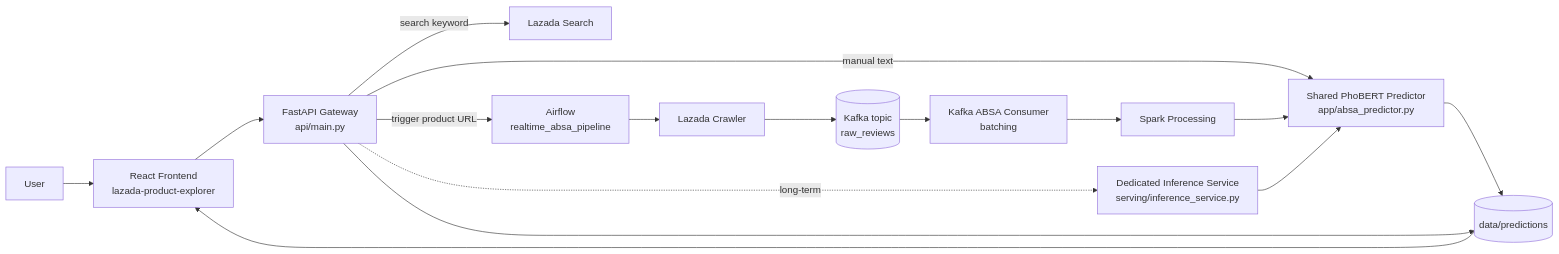
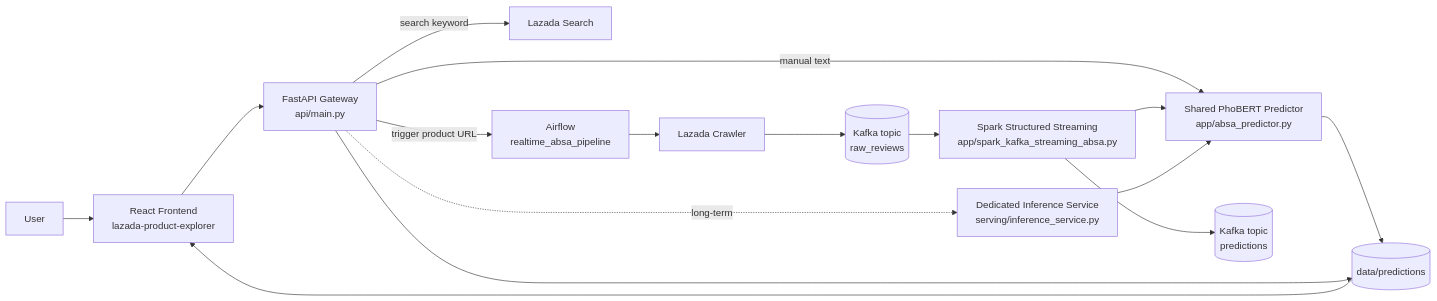
The first of 3 diagrams in README.md (Longhehehe/Real-Time-ABSA-System), drawn with Mermaid before and after one commit. The commit also changed other lines of this file and 4 other files, not shown here.

````diff
--- a/README.md
+++ b/README.md
@@ -43,22 +43,22 @@
 ```mermaid
 flowchart LR
     U[User] --> FE[React Frontend<br/>lazada-product-explorer]
     FE --> API[FastAPI Gateway<br/>api/main.py]
 
     API -->|search keyword| Search[Lazada Search]
     API -->|manual text| Predictor[Shared PhoBERT Predictor<br/>app/absa_predictor.py]
     API -->|trigger product URL| AF[Airflow<br/>realtime_absa_pipeline]
 
     AF --> Crawler[Lazada Crawler]
     Crawler --> Kafka[(Kafka topic<br/>raw_reviews)]
-    Kafka --> Consumer[Kafka ABSA Consumer<br/>batching]
-    Consumer --> Spark[Spark Processing]
+    Kafka --> Spark[Spark Structured Streaming<br/>app/spark_kafka_streaming_absa.py]
     Spark --> Predictor
 
+    Spark --> PredTopic[(Kafka topic<br/>predictions)]
     Predictor --> Output[(data/predictions)]
     API --> Output
     Output --> FE
 
     API -. long-term .-> Serving[Dedicated Inference Service<br/>serving/inference_service.py]
     Serving --> Predictor
 ```
````
